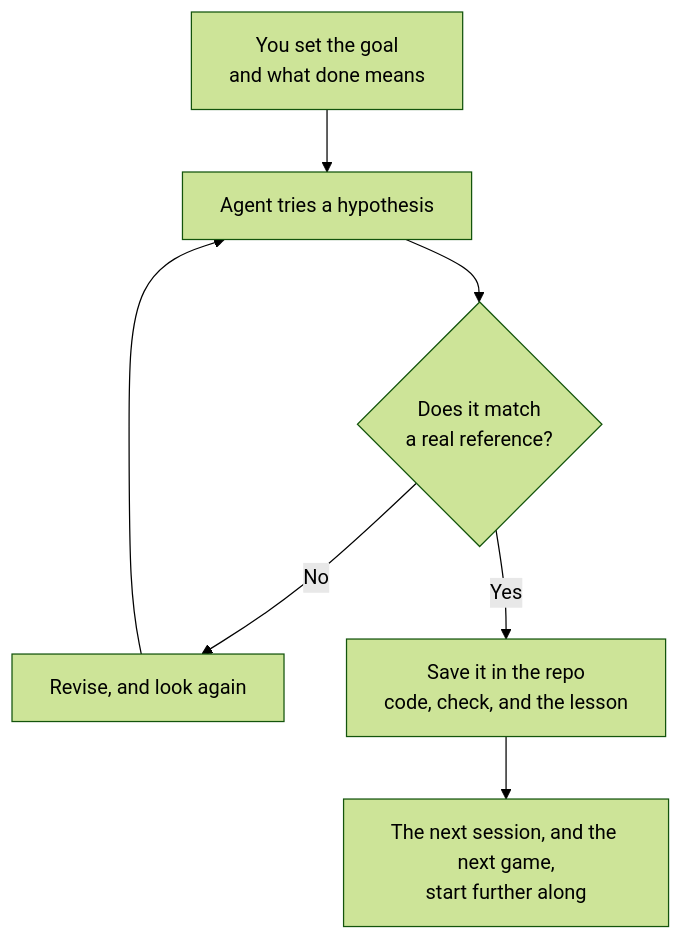
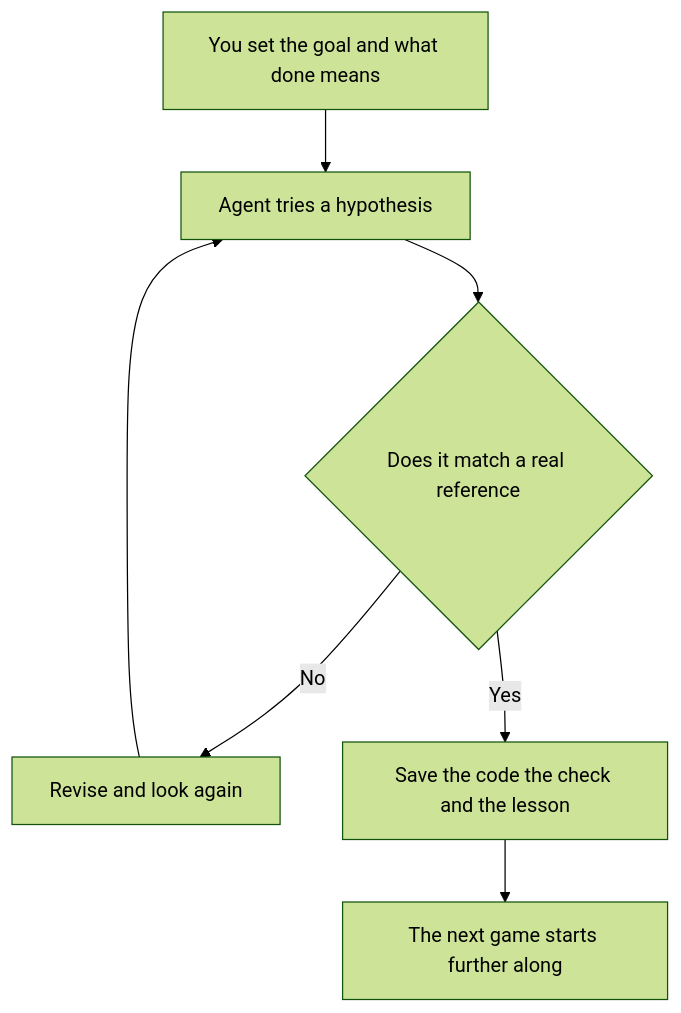
Before and after one commit to FirePheonix/cognitive: the fourth of 6 diagrams in content/docs/mdx/part-10-field-notes/chapter-27-reverse-engineer-anything/index.mdx, drawn with Mermaid (forest theme). The commit also changed other lines of this file and 6 other files, not shown here.

Commit message:
Add the books page and fix the reverse-engineering flowcharts.

````diff
--- a/content/docs/mdx/part-10-field-notes/chapter-27-reverse-engineer-anything/index.mdx
+++ b/content/docs/mdx/part-10-field-notes/chapter-27-reverse-engineer-anything/index.mdx
@@ -156,9 +156,9 @@
 ```mermaid
 flowchart TD
-  You["You set the goal<br/>and what done means"] --> Agent["Agent tries a hypothesis"]
-  Agent --> Oracle{"Does it match<br/>a real reference?"}
-  Oracle -->|No| Revise["Revise, and look again"]
+  You["You set the goal and what done means"] --> Agent["Agent tries a hypothesis"]
+  Agent --> Oracle{"Does it match a real reference"}
+  Oracle -->|No| Revise["Revise and look again"]
   Revise --> Agent
-  Oracle -->|Yes| Repo["Save it in the repo<br/>code, check, and the lesson"]
-  Repo --> Next["The next session, and the next game,<br/>start further along"]
+  Oracle -->|Yes| Repo["Save the code the check and the lesson"]
+  Repo --> Next["The next game starts further along"]
 ```
````
